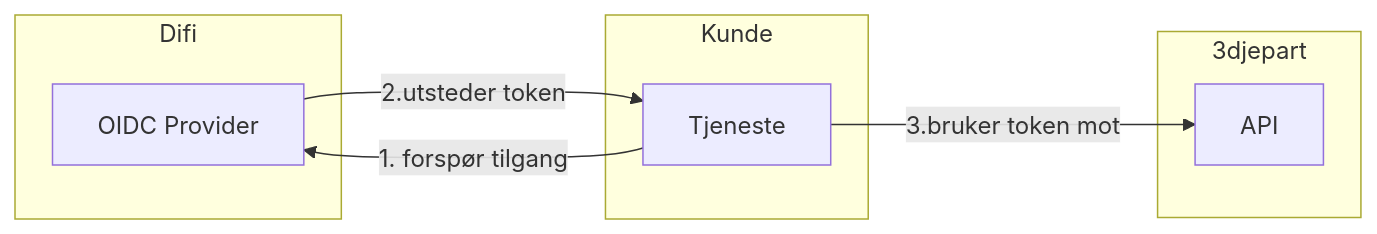
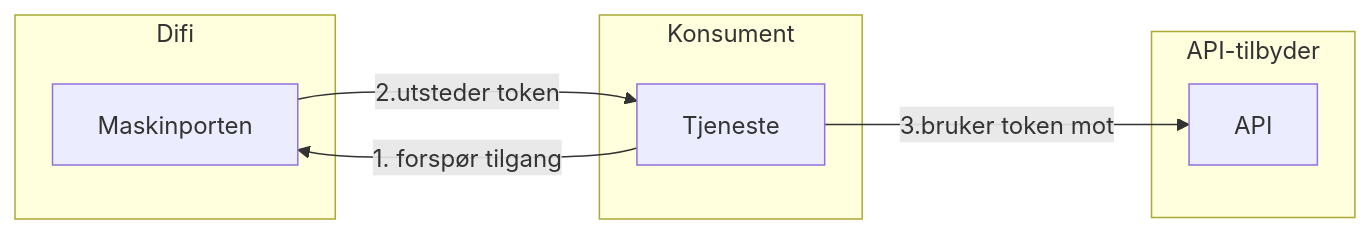
One commit to felleslosninger/docs changed the first of 2 diagrams in _docs/Maskinporten/maskinporten_auth_server-to-server-oauth2.md. Above: the diagram before and after it, drawn with Mermaid. The commit also changed other lines of this file and 6 other files, not shown here.

```diff
--- a/_docs/Maskinporten/maskinporten_auth_server-to-server-oauth2.md
+++ b/_docs/Maskinporten/maskinporten_auth_server-to-server-oauth2.md
@@ -14,15 +14,15 @@
 <div class="mermaid">
 graph LR
-  subgraph 3djepart
+  subgraph API-tilbyder
     API
   end
   subgraph Difi
-    OIDC[OIDC Provider]
+    Maskinporten[Maskinporten]
   end
-  subgraph Kunde
+  subgraph Konsument
      ny[Tjeneste]
   end
-  OIDC -->|2.utsteder token|ny
-  ny -->|1. forspør tilgang|OIDC
+  Maskinporten -->|2.utsteder token|ny
+  ny -->|1. forspør tilgang|Maskinporten
   ny -->|3.bruker token mot|API
 </div>
```
